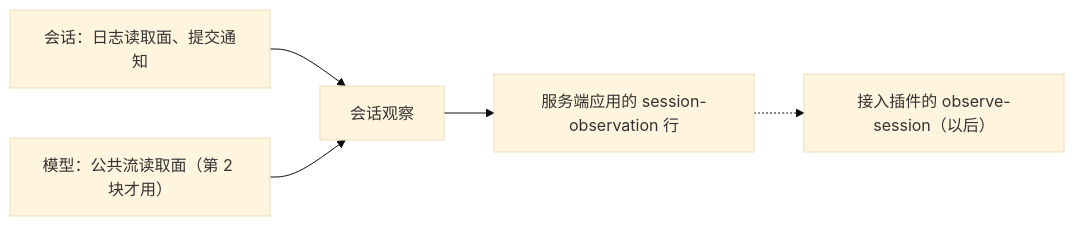
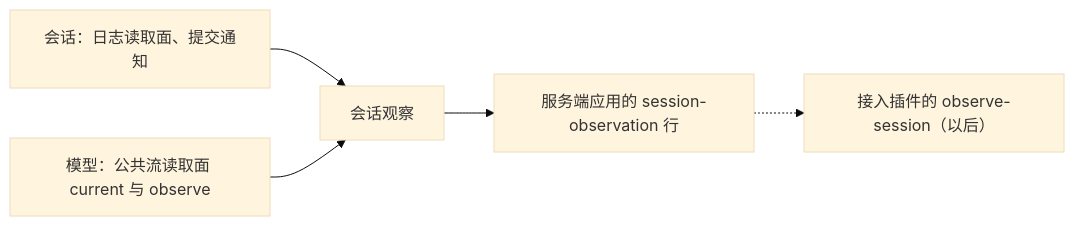
The diagram in packages/session/session-observation/docs/context.md (nemori-ai/omne-harness-lite), drawn with Mermaid (base theme) before and after one commit. The commit also changed 24 other files, not shown here.

````diff
--- a/packages/session/session-observation/docs/context.md
+++ b/packages/session/session-observation/docs/context.md
@@ -24,7 +24,7 @@
 ```mermaid
 flowchart LR
   session["会话：日志读取面、提交通知"] --> obs["会话观察"]
-  model["模型：公共流读取面（第 2 块才用）"] --> obs
+  model["模型：公共流读取面 current 与 observe"] --> obs
   obs --> row["服务端应用的 session-observation 行"]
   row -.-> access["接入插件的 observe-session（以后）"]
 ```
````
